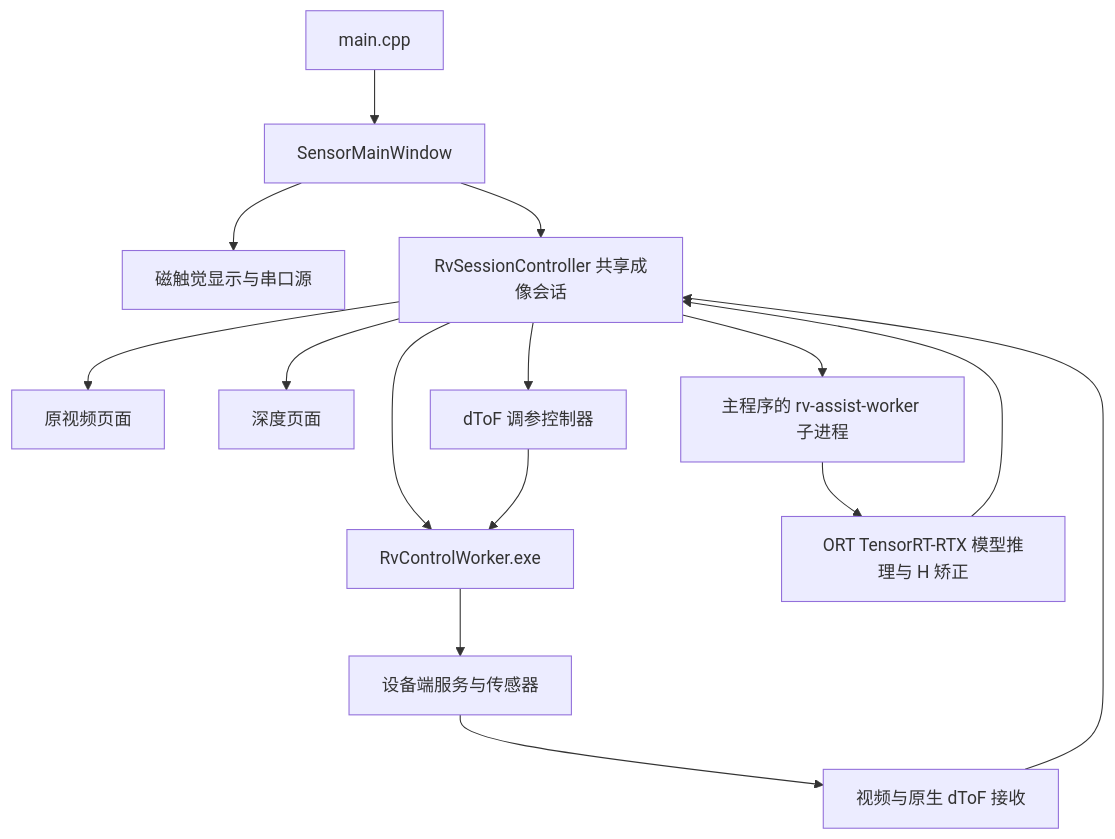
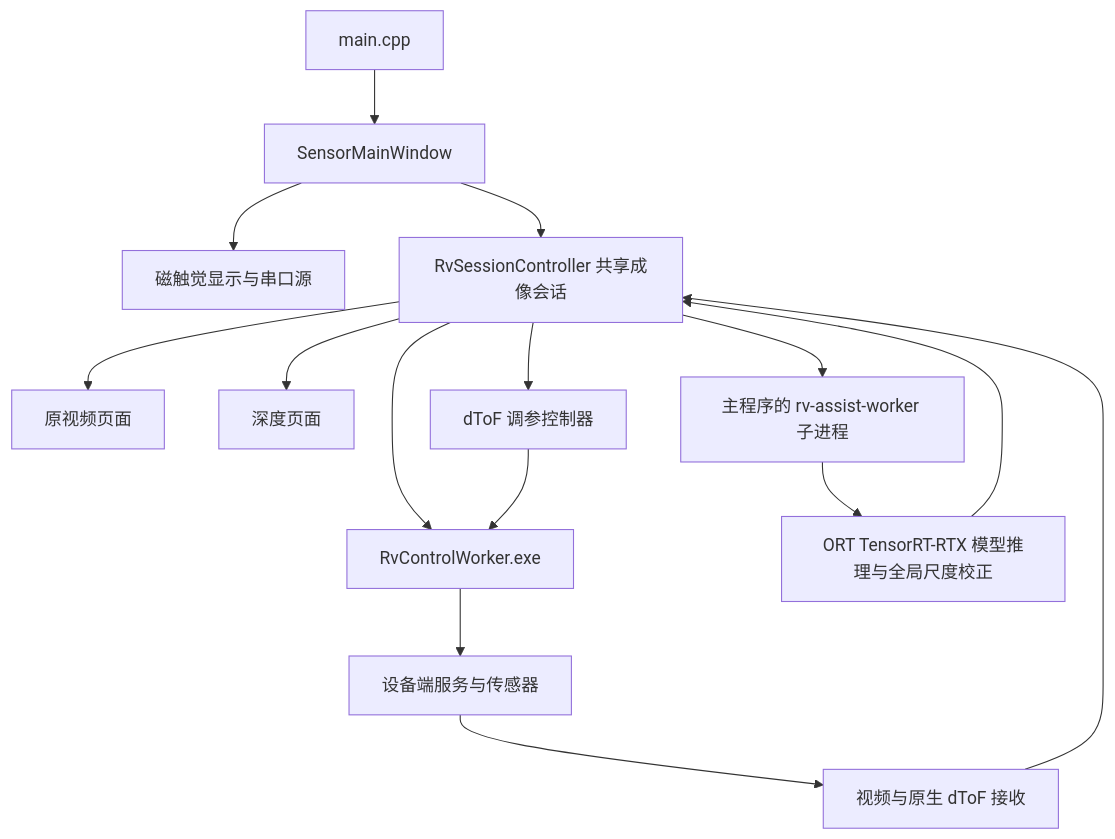
One commit to QinChen1998/depth-camera-and-tactile-sensor changed the diagram in docs/ARCHITECTURE.md. Above: the diagram before and after it, drawn with Mermaid. The commit also changed other lines of this file and 81 other files, not shown here.

````diff
--- a/docs/ARCHITECTURE.md
+++ b/docs/ARCHITECTURE.md
@@ -23,17 +25,17 @@
 ```mermaid
 flowchart TD
     Main[main.cpp] --> Window[SensorMainWindow]
     Window --> Tactile[磁触觉显示与串口源]
     Window --> Session[RvSessionController 共享成像会话]
     Session --> Camera[原视频页面]
     Session --> Depth[深度页面]
     Session --> Tuner[dToF 调参控制器]
     Session --> Control[RvControlWorker.exe]
     Tuner --> Control
     Control --> Board[设备端服务与传感器]
     Board --> Streams[视频与原生 dToF 接收]
     Streams --> Session
     Session --> Assist[主程序的 rv-assist-worker 子进程]
-    Assist --> ORT[ORT TensorRT-RTX 模型推理与 H 矫正]
+    Assist --> ORT[ORT TensorRT-RTX 模型推理与全局尺度校正]
     ORT --> Session
 ```
````
